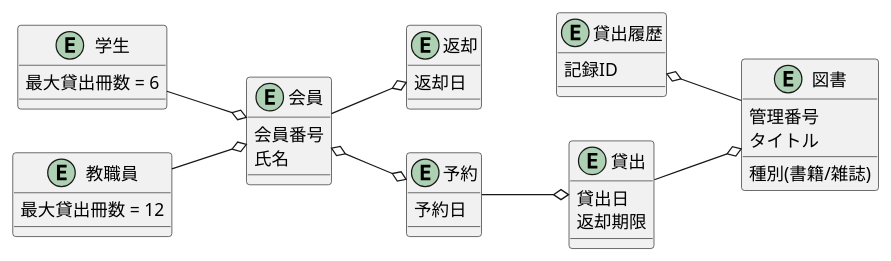
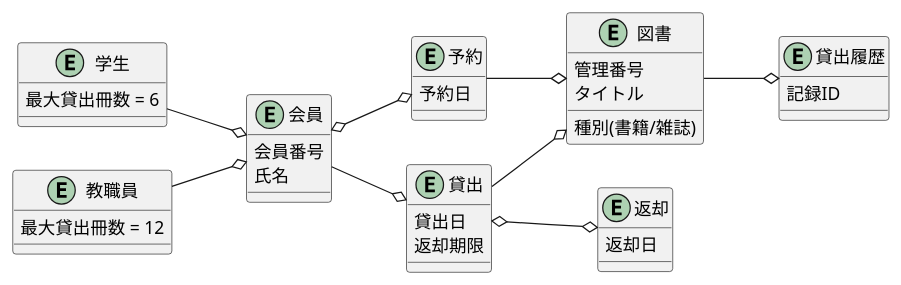
Before and after one commit to mameiku/G3-4: the diagram in domain.pu, drawn with PlantUML.

Commit message:
コミット

```diff
--- a/domain.pu
+++ b/domain.pu
@@ -1,51 +1,52 @@
 @startuml
  
 left to right direction
 entity 会員 {
     会員番号
     氏名
 }
  
 entity 学生 {
     最大貸出冊数 = 6
 }
  
 entity 教職員 {
     最大貸出冊数 = 12
 }
  
  
 entity 図書 {
   管理番号
   タイトル
   種別(書籍/雑誌)
 }
  
 entity 貸出 {
   貸出日
   返却期限
 }
  
 entity 返却 {
   返却日
 }
 entity 予約 {
   予約日
 }
 entity 貸出履歴 {
   記録ID
 }
  
 学生 --o 会員
 教職員 --o 会員
  
-会員 --o 返却
+会員 --o 貸出
 会員 o--o 予約
  
-予約 --o 貸出
+貸出 o--o 返却
+貸出 --o 図書
+予約 --o 図書
  
-貸出 --o 図書
-貸出履歴 o-- 図書
+図書 --o 貸出履歴
  
  
 @enduml
```
